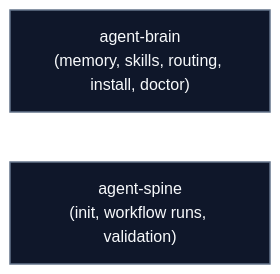
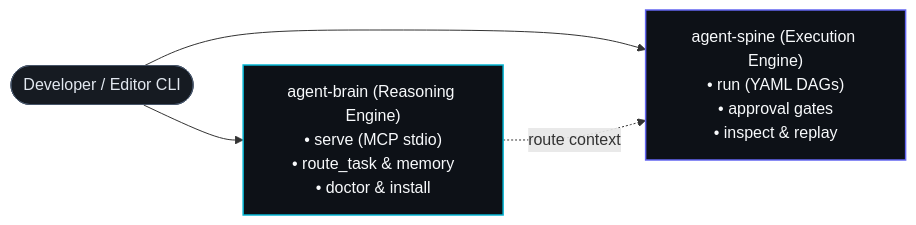
The diagram in src/routes/docs/cli/+page.md (autonomic-ai-dev/website), drawn with Mermaid before and after one commit. The commit also changed other lines of this file and 43 other files, not shown here.

````diff
--- a/src/routes/docs/cli/+page.md
+++ b/src/routes/docs/cli/+page.md
@@ -12,8 +48,13 @@
 ```mermaid
 flowchart LR
-    Brain["agent-brain\n(memory, skills, routing, install, doctor)"]
-    Spine["agent-spine\n(init, workflow runs, validation)"]
+    Dev(["Developer / Editor CLI"]) --> Brain["agent-brain (Reasoning Engine)\n• serve (MCP stdio)\n• route_task & memory\n• doctor & install"]
+    Dev --> Spine["agent-spine (Execution Engine)\n• run (YAML DAGs)\n• approval gates\n• inspect & replay"]
+    Brain -.->|route context| Spine
 
-    classDef organ fill:#0f172a,stroke:#64748b,stroke-width:1.5px,color:#f8fafc;
-    class Brain,Spine organ;
+    classDef brainClass fill:#0d1117,stroke:#06b6d4,stroke-width:1.5px,color:#f8fafc;
+    classDef spineClass fill:#0d1117,stroke:#6366f1,stroke-width:1.5px,color:#f8fafc;
+    classDef devClass fill:#161b22,stroke:#475569,stroke-width:1px,color:#e2e8f0;
+    class Brain brainClass;
+    class Spine spineClass;
+    class Dev devClass;
 ```
````
